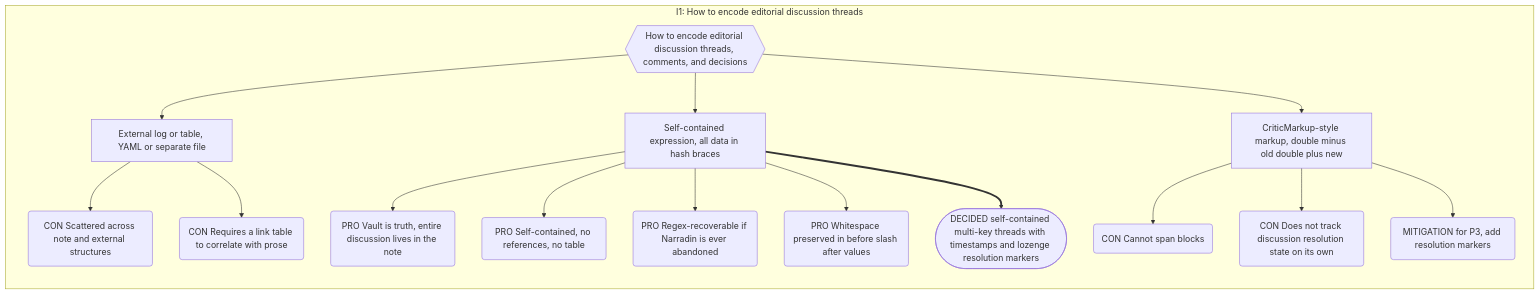
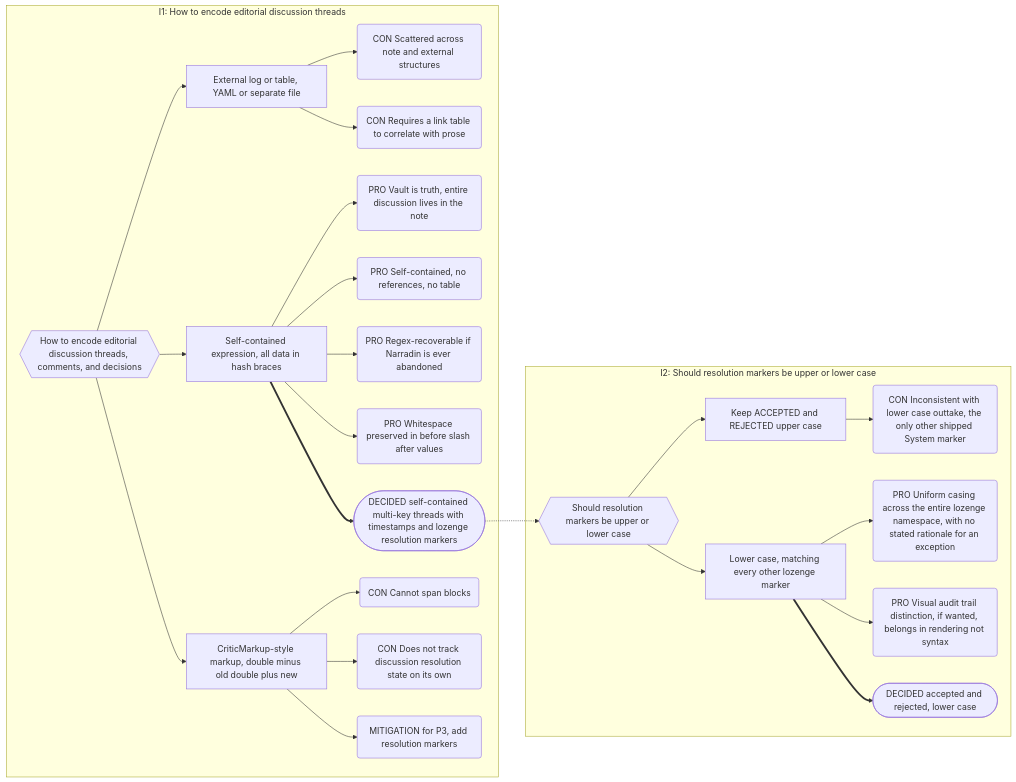
One commit to mlao-pdx/obsidian-plugin changed the second of 3 diagrams in docs/spec/09-entity-properties.md. Above: the diagram before and after it, drawn with Mermaid. The commit also changed other lines of this file and 9 other files, not shown here.

````diff
--- a/docs/spec/09-entity-properties.md
+++ b/docs/spec/09-entity-properties.md
@@ -671,32 +691,48 @@
 ```mermaid
 flowchart LR
     subgraph S1["I1: How to encode editorial discussion threads"]
         I1{{How to encode editorial discussion threads, comments, and decisions}}
         P1[External log or table, YAML or separate file]
         P2[Self-contained expression, all data in hash braces]
         P3[CriticMarkup-style markup, double minus old double plus new]
         I1 --> P1
         I1 --> P2
         I1 --> P3
         C1(CON Scattered across note and external structures)
         C2(CON Requires a link table to correlate with prose)
         P1 --> C1
         P1 --> C2
         A1(PRO Vault is truth, entire discussion lives in the note)
         A2(PRO Self-contained, no references, no table)
         A3(PRO Regex-recoverable if Narradin is ever abandoned)
         A4(PRO Whitespace preserved in before slash after values)
         P2 --> A1
         P2 --> A2
         P2 --> A3
         P2 --> A4
         C3(CON Cannot span blocks)
         C4(CON Does not track discussion resolution state on its own)
         P3 --> C3
         P3 --> C4
         M1(MITIGATION for P3, add resolution markers)
         P3 --> M1
         D1([DECIDED self-contained multi-key threads with timestamps and lozenge resolution markers])
         P2 ==> D1
     end
+    D1 -.-> I2
+    subgraph S2["I2: Should resolution markers be upper or lower case"]
+        I2{{Should resolution markers be upper or lower case}}
+        P2a[Keep ACCEPTED and REJECTED upper case]
+        P2b[Lower case, matching every other lozenge marker]
+        I2 --> P2a
+        I2 --> P2b
+        C2a(CON Inconsistent with lower case outtake, the only other shipped System marker)
+        P2a --> C2a
+        A2a(PRO Uniform casing across the entire lozenge namespace, with no stated rationale for an exception)
+        A2b(PRO Visual audit trail distinction, if wanted, belongs in rendering not syntax)
+        P2b --> A2a
+        P2b --> A2b
+        D2([DECIDED accepted and rejected, lower case])
+        P2b ==> D2
+    end
 ```
````
